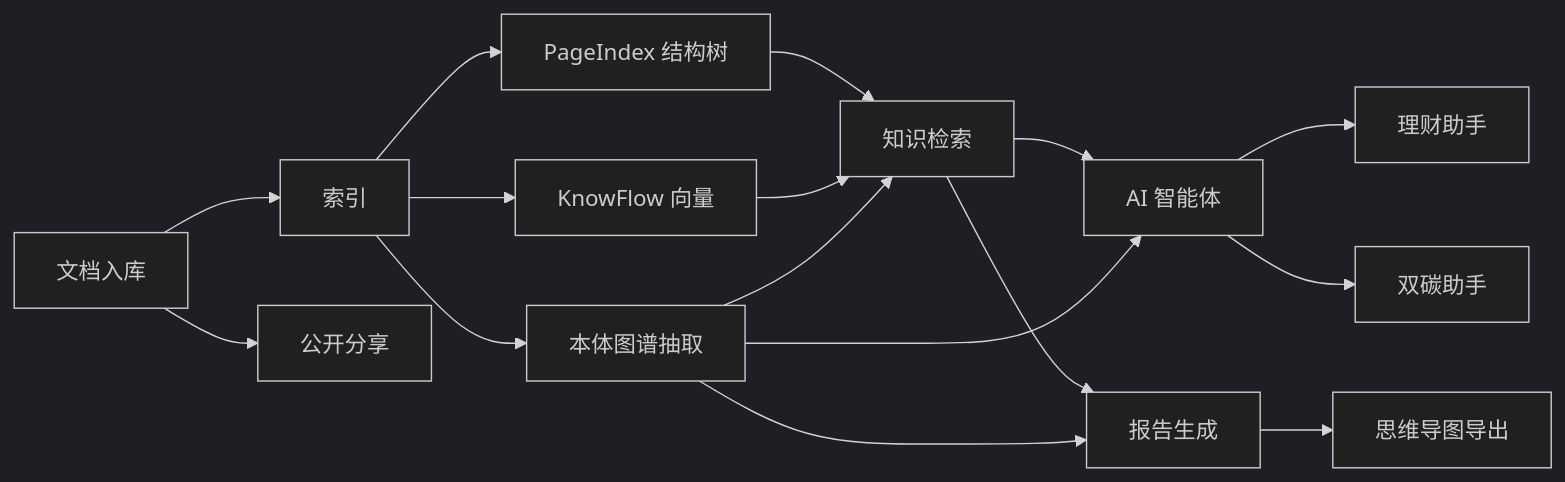
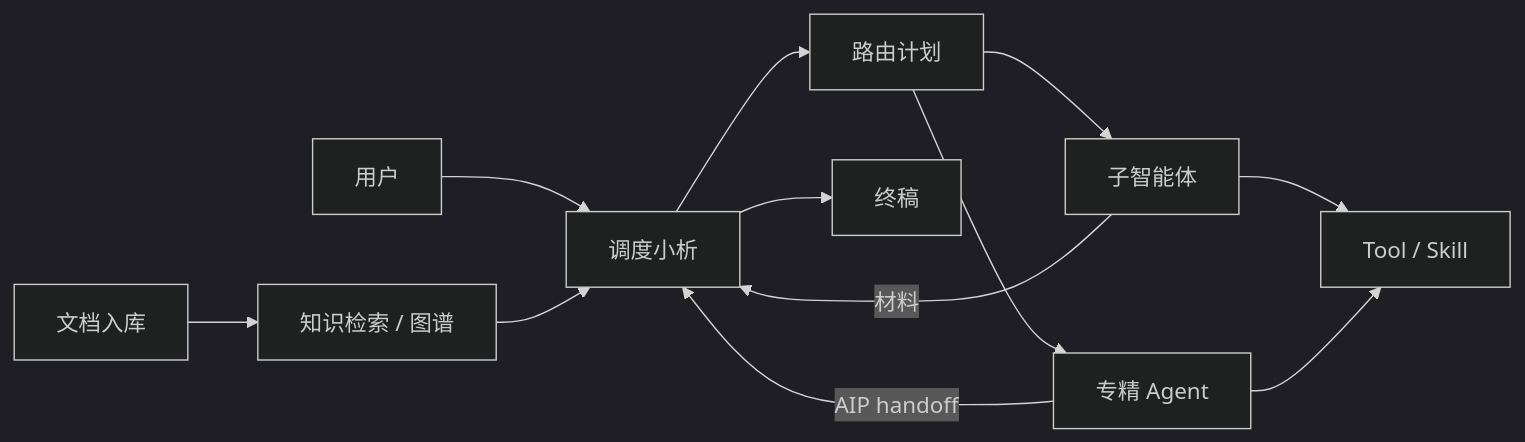
The diagram in docs/zh/index.md (zhibinQiu/benxi), drawn with Mermaid (dark theme) before and after one commit. The commit also changed other lines of this file and 620 other files, not shown here.

````diff
--- a/docs/zh/index.md
+++ b/docs/zh/index.md
@@ -7,18 +9,14 @@
 ```mermaid
 flowchart LR
-  docs[文档入库] --> index[索引]
-  index --> pi[PageIndex 结构树]
-  index --> vec[KnowFlow 向量]
-  index --> kg[本体图谱抽取]
-  pi --> search[知识检索]
-  vec --> search
-  kg --> search
-  search --> agent[AI 智能体]
-  kg --> agent
-  search --> report[报告生成]
-  kg --> report
-  report --> mindmap[思维导图导出]
-  agent --> finance[理财助手]
-  agent --> carbon[双碳助手]
-  docs --> share[公开分享]
+  user[用户] --> orch[调度小析]
+  orch --> route[路由计划]
+  route --> sub[子智能体]
+  route --> sp[专精 Agent]
+  sub --> tools[Tool / Skill]
+  sp --> tools
+  sp -->|AIP handoff| orch
+  sub -->|材料| orch
+  orch --> reply[终稿]
+  docs[文档入库] --> kb[知识检索 / 图谱]
+  kb --> orch
 ```
````
